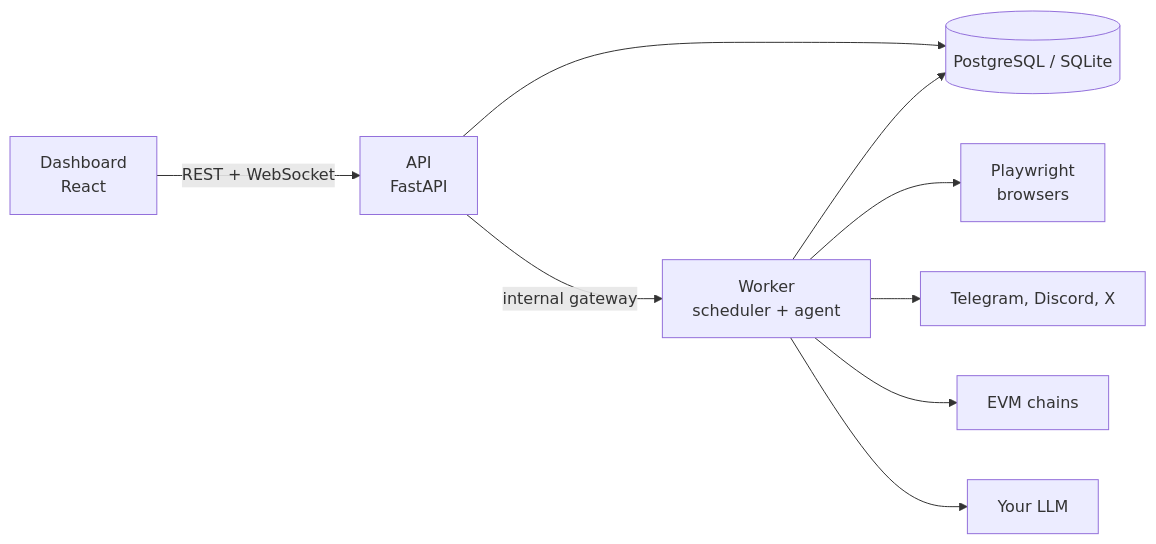
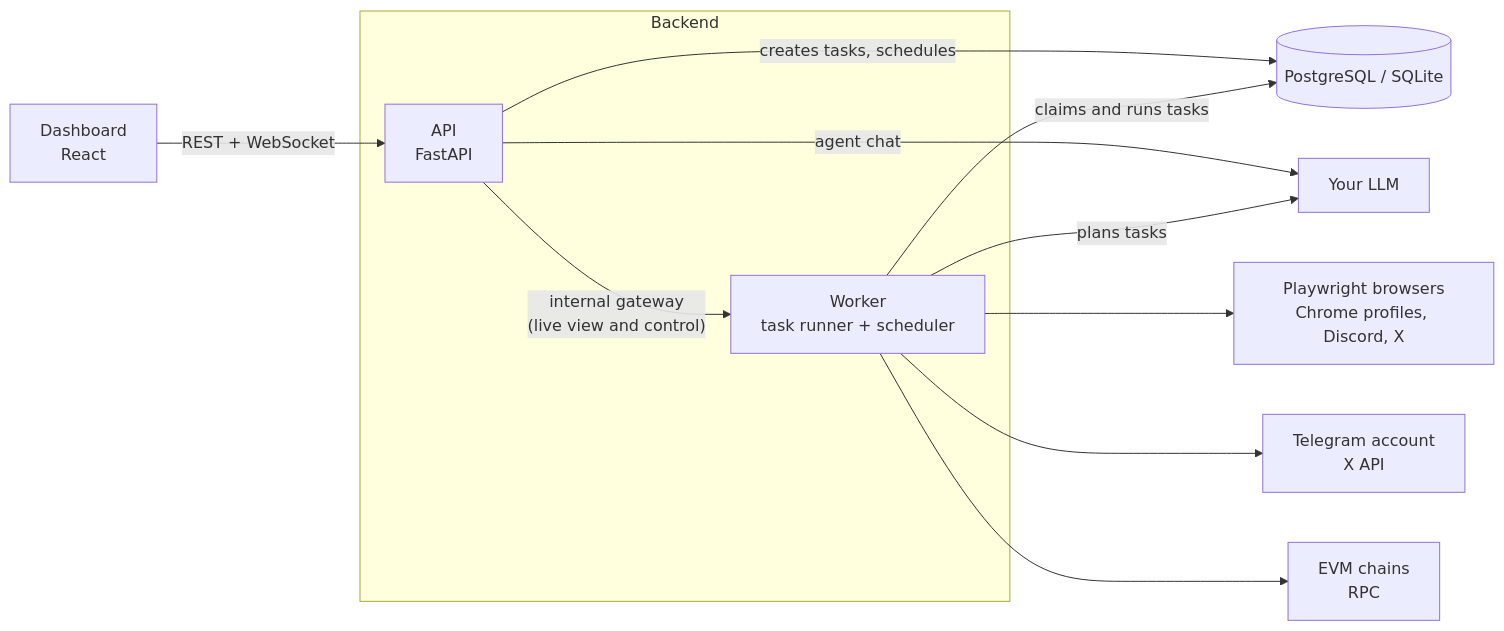
Before and after one commit to mainnetwallet/airdropos: the diagram in README.md, drawn with Mermaid. The commit also changed other lines of this file, not shown here.

Commit message:
README: update How it works diagram to match the current architecture

````diff
--- a/README.md
+++ b/README.md
@@ -48,11 +48,19 @@
 ```mermaid
 flowchart LR
-    D[Dashboard<br/>React] -- REST + WebSocket --> A[API<br/>FastAPI]
-    A --> DB[(PostgreSQL / SQLite)]
-    W[Worker<br/>scheduler + agent] --> DB
-    A -- internal gateway --> W
-    W --> B[Playwright<br/>browsers]
-    W --> T[Telegram, Discord, X]
-    W --> C[EVM chains]
-    W --> L[Your LLM]
+    D["Dashboard<br/>React"] -- "REST + WebSocket" --> A["API<br/>FastAPI"]
+
+    subgraph Backend
+        A
+        W["Worker<br/>task runner + scheduler"]
+    end
+
+    A -- "creates tasks, schedules" --> DB[("PostgreSQL / SQLite")]
+    W -- "claims and runs tasks" --> DB
+    A -- "internal gateway<br/>(live view and control)" --> W
+
+    A -- "agent chat" --> L["Your LLM"]
+    W -- "plans tasks" --> L
+    W --> B["Playwright browsers<br/>Chrome profiles, Discord, X"]
+    W --> T["Telegram account<br/>X API"]
+    W --> C["EVM chains<br/>RPC"]
 ```
````
